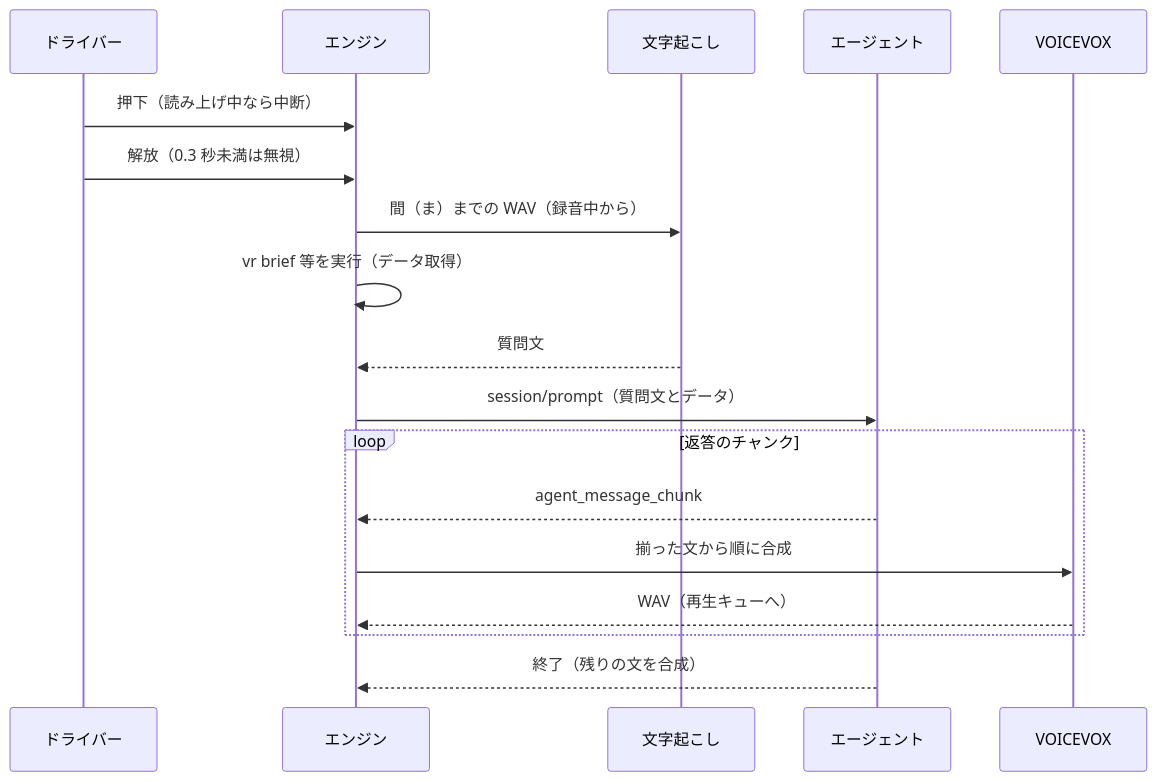
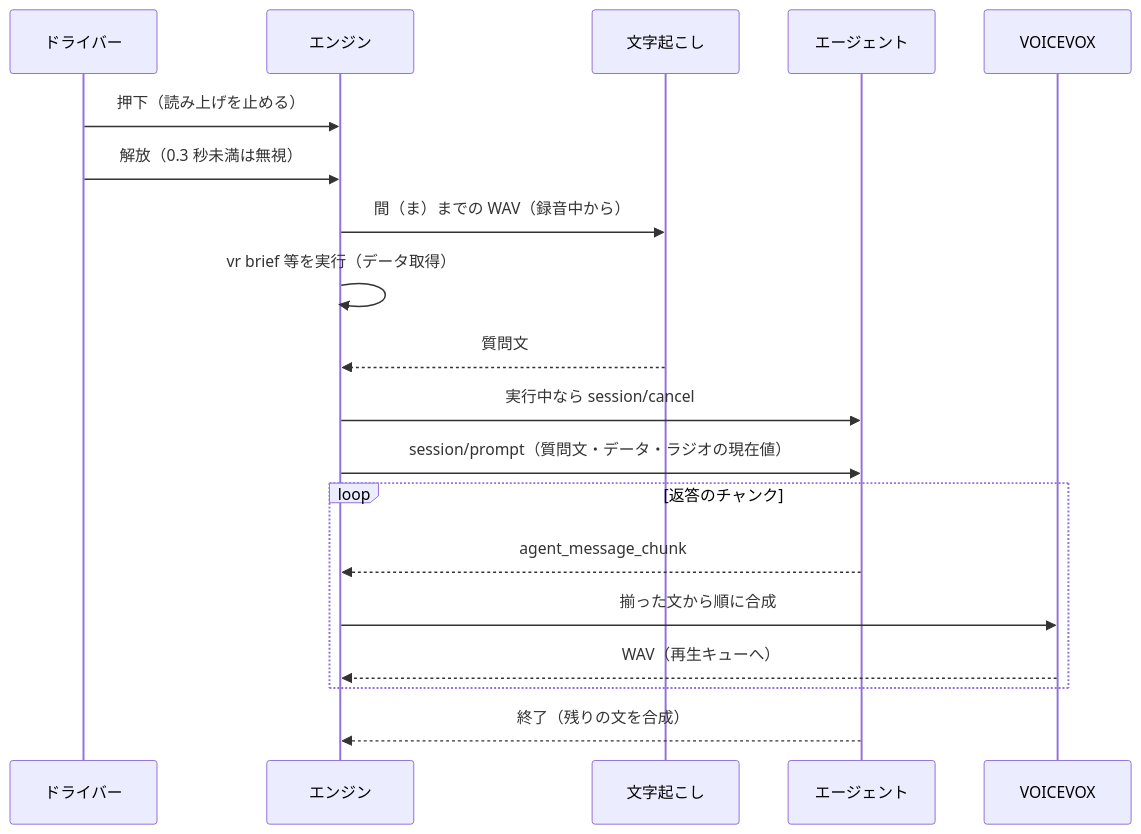
The second of 2 diagrams in crates/vr-radio/docs/architecture.md (r4ai/vibe-racing), drawn with Mermaid before and after one commit. The commit also changed other lines of this file and 64 other files, not shown here.

````diff
--- a/crates/vr-radio/docs/architecture.md
+++ b/crates/vr-radio/docs/architecture.md
@@ -102,20 +134,21 @@
 ```mermaid
 sequenceDiagram
     participant D as ドライバー
     participant E as エンジン
     participant S as 文字起こし
     participant A as エージェント
     participant V as VOICEVOX
-    D->>E: 押下（読み上げ中なら中断）
+    D->>E: 押下（読み上げを止める）
     D->>E: 解放（0.3 秒未満は無視）
     E->>S: 間（ま）までの WAV（録音中から）
     E->>E: vr brief 等を実行（データ取得）
     S-->>E: 質問文
-    E->>A: session/prompt（質問文とデータ）
+    E->>A: 実行中なら session/cancel
+    E->>A: session/prompt（質問文・データ・ラジオの現在値）
     loop 返答のチャンク
         A-->>E: agent_message_chunk
         E->>V: 揃った文から順に合成
         V-->>E: WAV（再生キューへ）
     end
     A-->>E: 終了（残りの文を合成）
 ```
````
